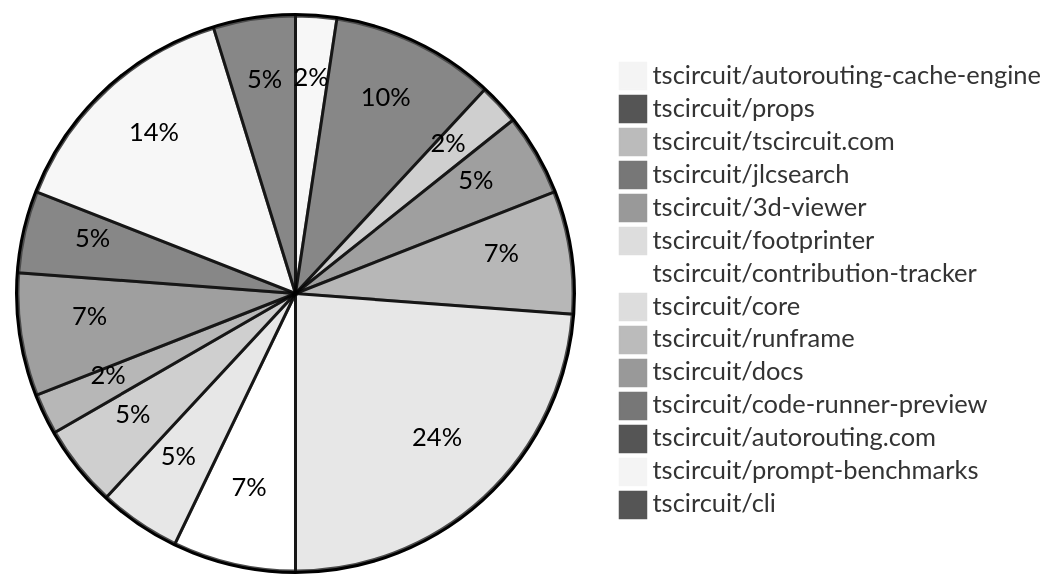
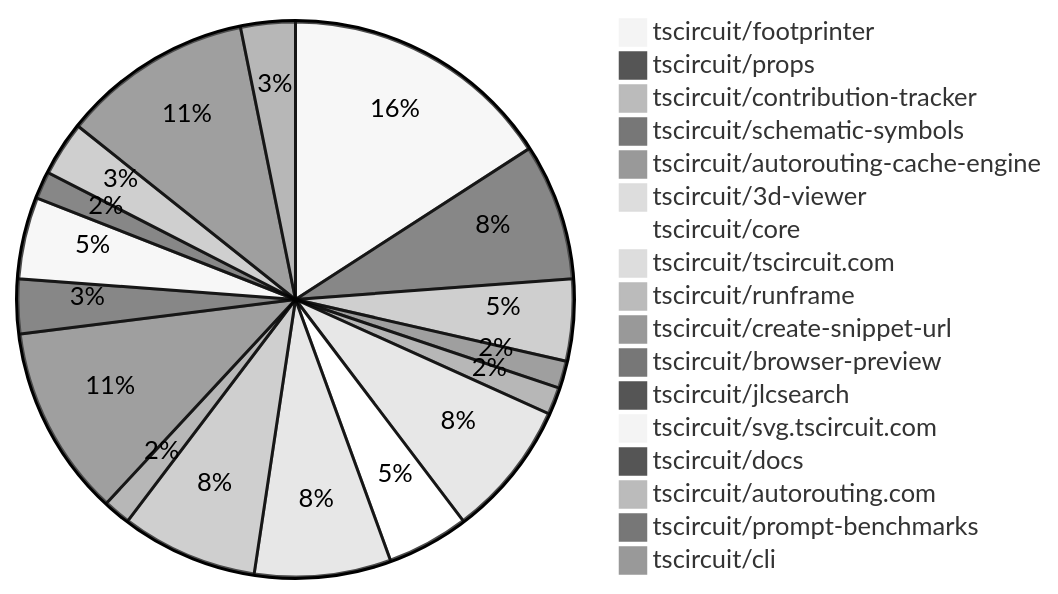
One commit to tscircuit/contribution-tracker changed the diagram in README.md. Above: the diagram before and after it, drawn with Mermaid (neutral theme). The commit also changed other lines of this file and 2 other files, not shown here.

Commit message:
Update contribution overviews

````diff
--- a/README.md
+++ b/README.md
@@ -24,17 +24,20 @@
 ```mermaid
 pie
+    "tscircuit/footprinter" : 10
+    "tscircuit/props" : 5
+    "tscircuit/contribution-tracker" : 3
+    "tscircuit/schematic-symbols" : 1
     "tscircuit/autorouting-cache-engine" : 1
-    "tscircuit/props" : 4
-    "tscircuit/tscircuit.com" : 1
+    "tscircuit/3d-viewer" : 5
+    "tscircuit/core" : 3
+    "tscircuit/tscircuit.com" : 5
+    "tscircuit/runframe" : 5
+    "tscircuit/create-snippet-url" : 1
+    "tscircuit/browser-preview" : 7
     "tscircuit/jlcsearch" : 2
-    "tscircuit/3d-viewer" : 3
-    "tscircuit/footprinter" : 10
-    "tscircuit/contribution-tracker" : 3
-    "tscircuit/core" : 2
-    "tscircuit/runframe" : 2
+    "tscircuit/svg.tscircuit.com" : 3
     "tscircuit/docs" : 1
-    "tscircuit/code-runner-preview" : 3
     "tscircuit/autorouting.com" : 2
-    "tscircuit/prompt-benchmarks" : 6
+    "tscircuit/prompt-benchmarks" : 7
     "tscircuit/cli" : 2
 ```
````
